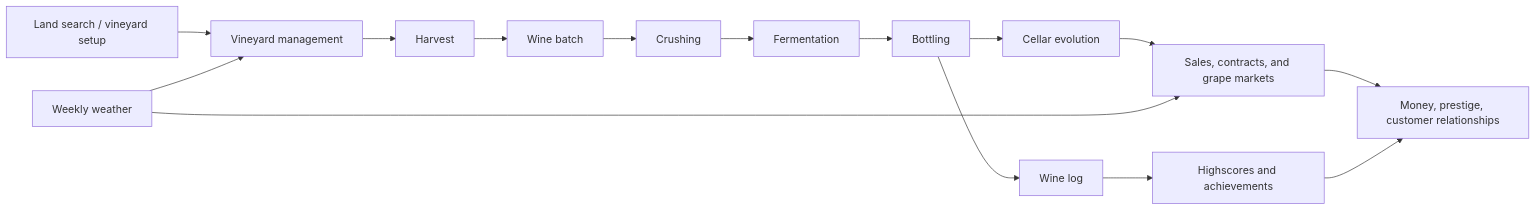
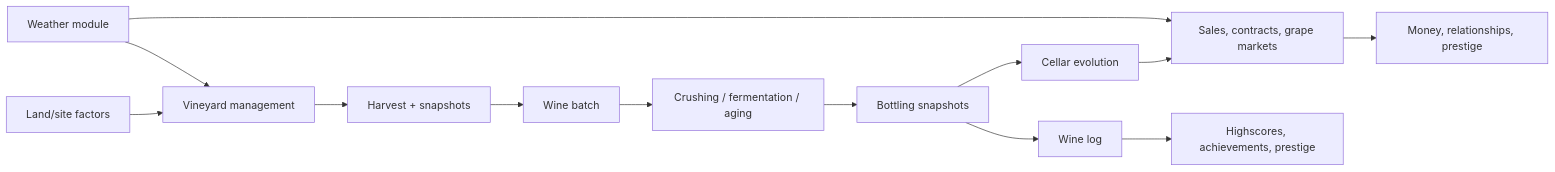
The first of 4 diagrams in docs/WineSystem_VariableRelationshipMap.md (gram12321/winemaker04), drawn with Mermaid before and after one commit. The commit also changed other lines of this file and 40 other files, not shown here.

````diff
--- a/docs/WineSystem_VariableRelationshipMap.md
+++ b/docs/WineSystem_VariableRelationshipMap.md
@@ -26,17 +16,11 @@
 ```mermaid
 flowchart LR
-  LS["Land search / vineyard setup"] --> VM["Vineyard management"]
-  WX["Weekly weather"] --> VM
-  VM --> H["Harvest"]
-  H --> WB["Wine batch"]
-  WB --> C["Crushing"]
-  C --> F["Fermentation"]
-  F --> B["Bottling"]
-  B --> CE["Cellar evolution"]
-  CE --> S["Sales, contracts, and grape markets"]
-  B --> WL["Wine log"]
-  WL --> PR["Highscores and achievements"]
-  S --> ECO["Money, prestige, customer relationships"]
-  PR --> ECO
+  LS["Land/site factors"] --> VM["Vineyard management"]
+  WX["Weather module"] --> VM
+  VM --> H["Harvest + snapshots"] --> WB["Wine batch"]
+  WB --> P["Crushing / fermentation / aging"] --> B["Bottling snapshots"]
+  B --> CE["Cellar evolution"] --> S["Sales, contracts, grape markets"]
+  B --> WL["Wine log"] --> PR["Highscores, achievements, prestige"]
+  S --> ECO["Money, relationships, prestige"]
   WX --> S
 ```
````
